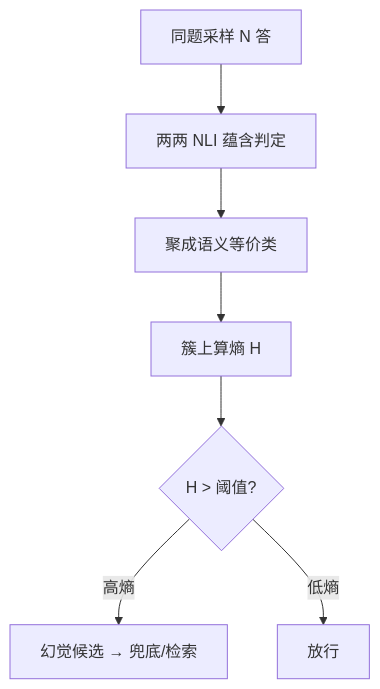
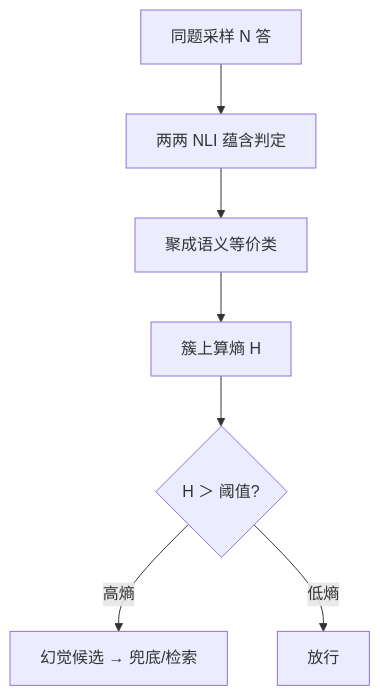
The first of 2 diagrams in docs/llm/semantic-uncertainty.md (xhongduo-tech/xhongduo-tech.github.io), drawn with Mermaid before and after one commit. The commit also changed other lines of this file and 291 other files, not shown here.

Commit message:
Normalize lesson titles to tree names and repair mermaid arrow/quote syntax site-wide.

````diff
--- a/docs/llm/semantic-uncertainty.md
+++ b/docs/llm/semantic-uncertainty.md
@@ -28,9 +28,9 @@
 ```mermaid
 flowchart TD
   A["同题采样 N 答"] --> B["两两 NLI 蕴含判定"]
   B --> C["聚成语义等价类"]
   C --> D["簇上算熵 H"]
-  D --> E{"H > 阈值?"}
+  D --> E{"H ＞ 阈值?"}
   E -->|"高熵"| F["幻觉候选 → 兜底/检索"]
   E -->|"低熵"| G["放行"]
 ```
````
